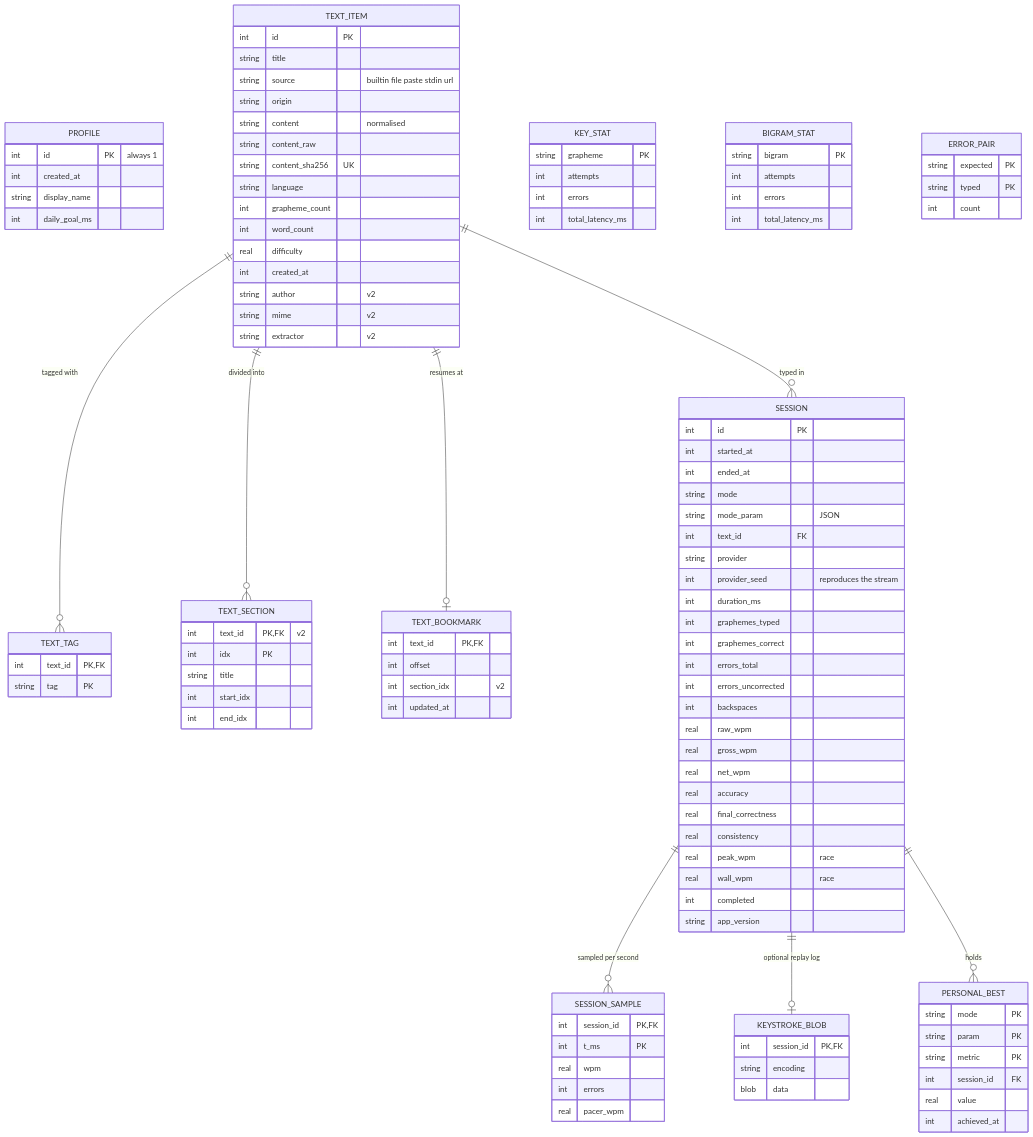
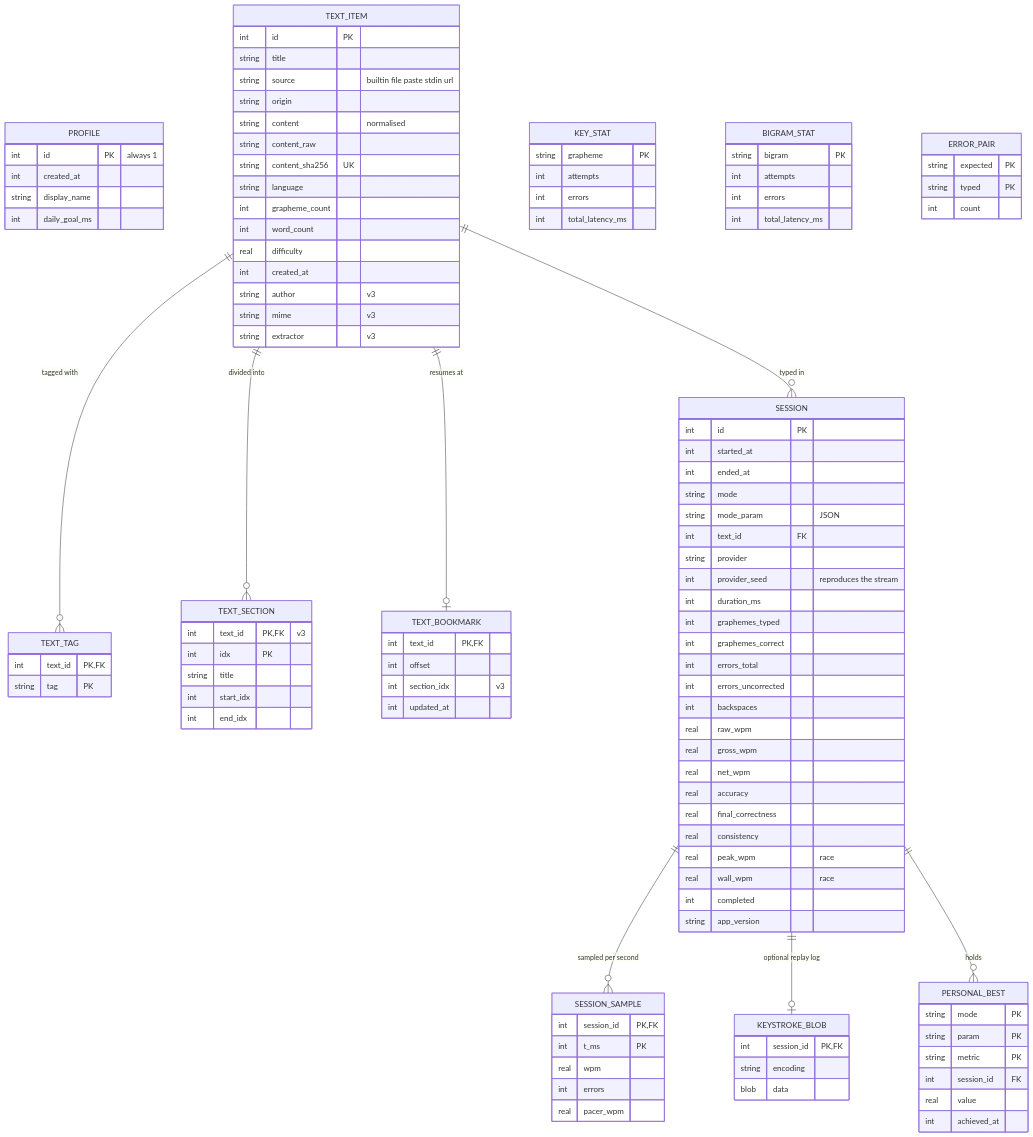
One commit to KriZa96/TypeIt changed diagram 11 of 30 in docs/DIAGRAMS.md. Above: the diagram before and after it, drawn with Mermaid. The commit also changed other lines of this file and 27 other files, not shown here.

```diff
--- a/docs/DIAGRAMS.md
+++ b/docs/DIAGRAMS.md
@@ -700,9 +700,9 @@
         int word_count
         real difficulty
         int created_at
-        string author "v2"
-        string mime "v2"
-        string extractor "v2"
+        string author "v3"
+        string mime "v3"
+        string extractor "v3"
     }
 
     TEXT_TAG {
@@ -711,7 +711,7 @@
     }
 
     TEXT_SECTION {
-        int text_id PK,FK "v2"
+        int text_id PK,FK "v3"
         int idx PK
         string title
         int start_idx
@@ -721,7 +721,7 @@
     TEXT_BOOKMARK {
         int text_id PK,FK
         int offset
-        int section_idx "v2"
+        int section_idx "v3"
         int updated_at
     }
 
```
